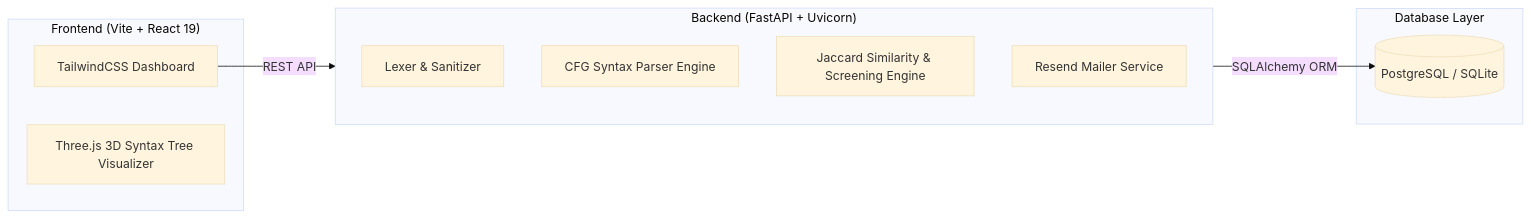
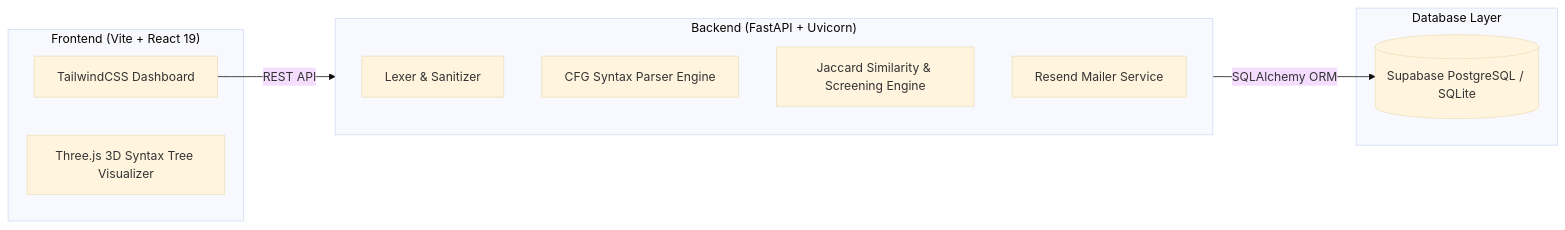
One commit to charankumarReddyB/TOC-parser-Resume-Intelligence changed the diagram in README.md. Above: the diagram before and after it, drawn with Mermaid (base theme). The commit also changed other lines of this file, not shown here.

Commit message:
Update comprehensive README with TOC grammar, architecture, and live links

````diff
--- a/README.md
+++ b/README.md
@@ -24,21 +74,21 @@
 ```mermaid
 flowchart LR
     subgraph Frontend ["Frontend (Vite + React 19)"]
         UI[TailwindCSS Dashboard]
         ThreeJS[Three.js 3D Syntax Tree Visualizer]
     end
 
     subgraph Backend ["Backend (FastAPI + Uvicorn)"]
         Lexer[Lexer & Sanitizer]
         CFG[CFG Syntax Parser Engine]
         Matcher[Jaccard Similarity & Screening Engine]
         Email[Resend Mailer Service]
     end
 
     subgraph Storage ["Database Layer"]
-        DB[(PostgreSQL / SQLite)]
+        DB[(Supabase PostgreSQL / SQLite)]
     end
 
     UI -->|REST API| Backend
     Backend -->|SQLAlchemy ORM| DB
 ```
````
